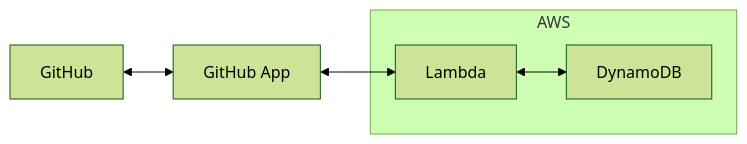
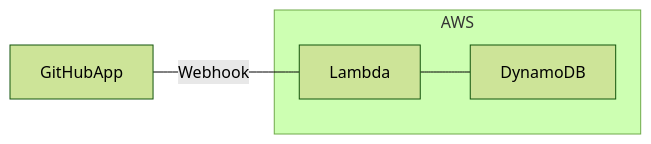
One commit to mitsuoka0423/slack-notification-github changed the diagram in README.md. Above: the diagram before and after it, drawn with Mermaid (forest theme). The commit also changed other lines of this file and 19 other files, not shown here.

````diff
--- a/README.md
+++ b/README.md
@@ -5,11 +22,9 @@
 ```mermaid
 graph LR
-  GitHub
-  GitHubApp[GitHub App]
-  subgraph AWS
-    Lambda
-    DynamoDB
-  end
+	subgraph AWS
+		Lambda
+		DynamoDB
+	end
 
-  GitHub <--> GitHubApp <--> Lambda <--> DynamoDB
+	GitHubApp --- |Webhook| Lambda --- DynamoDB
 ```
````
